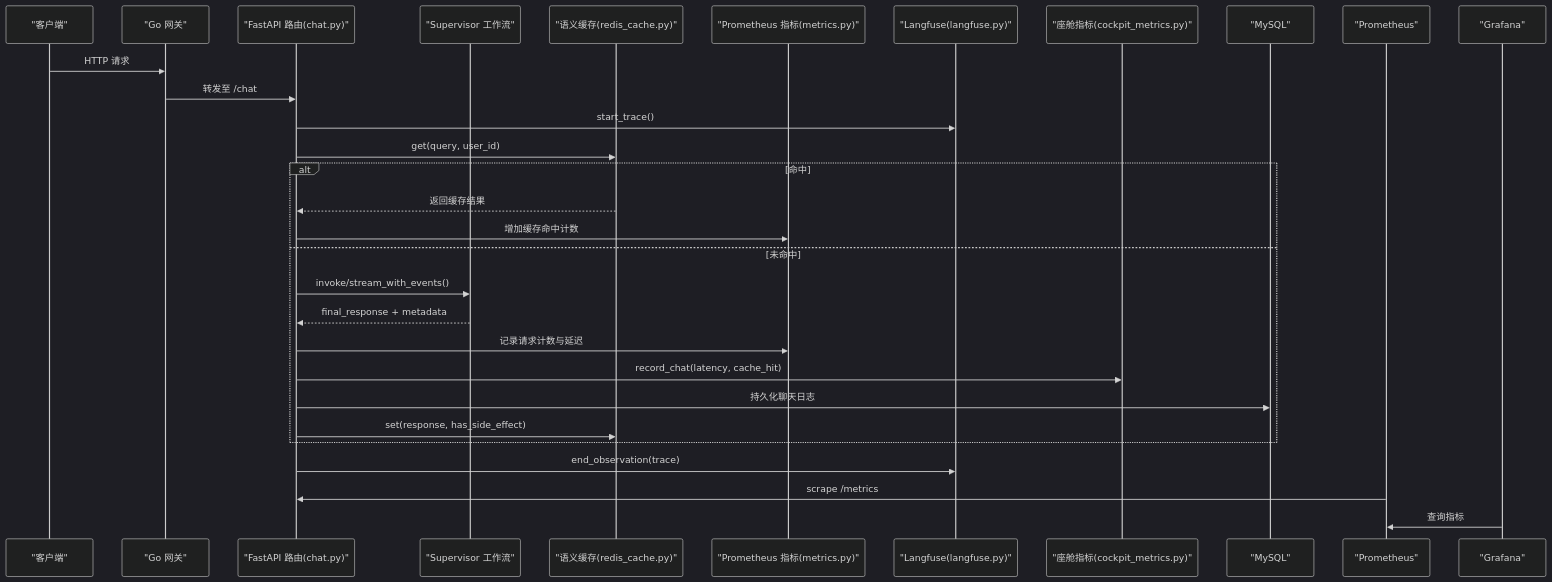
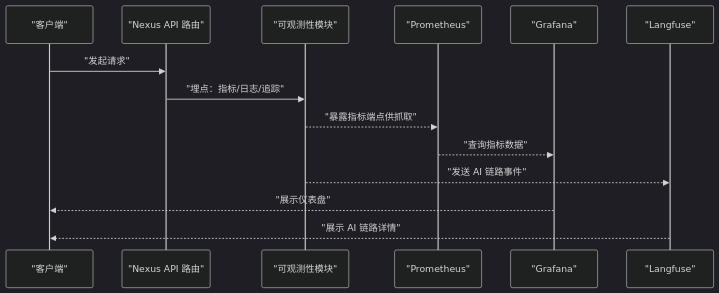
One commit to zmdhdu/NexusCockpit changed the second of 10 diagrams in .qoder/repowiki/zh/content/可观测性系统/可观测性系统.md. Above: the diagram before and after it, drawn with Mermaid (dark theme). The commit also changed other lines of this file and 535 other files, not shown here.

````diff
--- a/.qoder/repowiki/zh/content/可观测性系统/可观测性系统.md
+++ b/.qoder/repowiki/zh/content/可观测性系统/可观测性系统.md
@@ -131,32 +118,16 @@
 ```mermaid
 sequenceDiagram
 participant Client as "客户端"
-participant Gateway as "Go 网关"
-participant API as "FastAPI 路由(chat.py)"
-participant Agent as "Supervisor 工作流"
-participant Cache as "语义缓存(redis_cache.py)"
-participant Metrics as "Prometheus 指标(metrics.py)"
-participant LF as "Langfuse(langfuse.py)"
-participant Cockpit as "座舱指标(cockpit_metrics.py)"
-participant DB as "MySQL"
+participant API as "Nexus API 路由"
+participant Obs as "可观测性模块"
 participant Prom as "Prometheus"
 participant Graf as "Grafana"
-Client->>Gateway : HTTP 请求
-Gateway->>API : 转发至 /chat
-API->>LF : start_trace()
-API->>Cache : get(query, user_id)
-alt 命中
-Cache-->>API : 返回缓存结果
-API->>Metrics : 增加缓存命中计数
-else 未命中
-API->>Agent : invoke/stream_with_events()
-Agent-->>API : final_response + metadata
-API->>Metrics : 记录请求计数与延迟
-API->>Cockpit : record_chat(latency, cache_hit)
-API->>DB : 持久化聊天日志
-API->>Cache : set(response, has_side_effect)
-end
-API->>LF : end_observation(trace)
-Prom->>API : scrape /metrics
-Graf->>Prom : 查询指标
+participant LF as "Langfuse"
+Client->>API : "发起请求"
+API->>Obs : "埋点：指标/日志/追踪"
+Obs-->>Prom : "暴露指标端点供抓取"
+Prom-->>Graf : "查询指标数据"
+Obs-->>LF : "发送 AI 链路事件"
+Graf-->>Client : "展示仪表盘"
+LF-->>Client : "展示 AI 链路详情"
 ```
````
